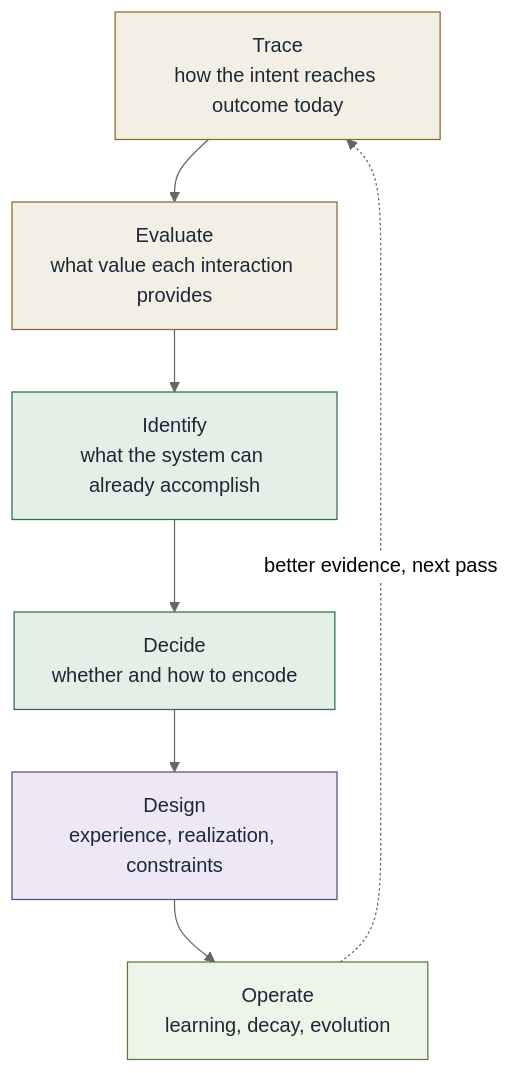
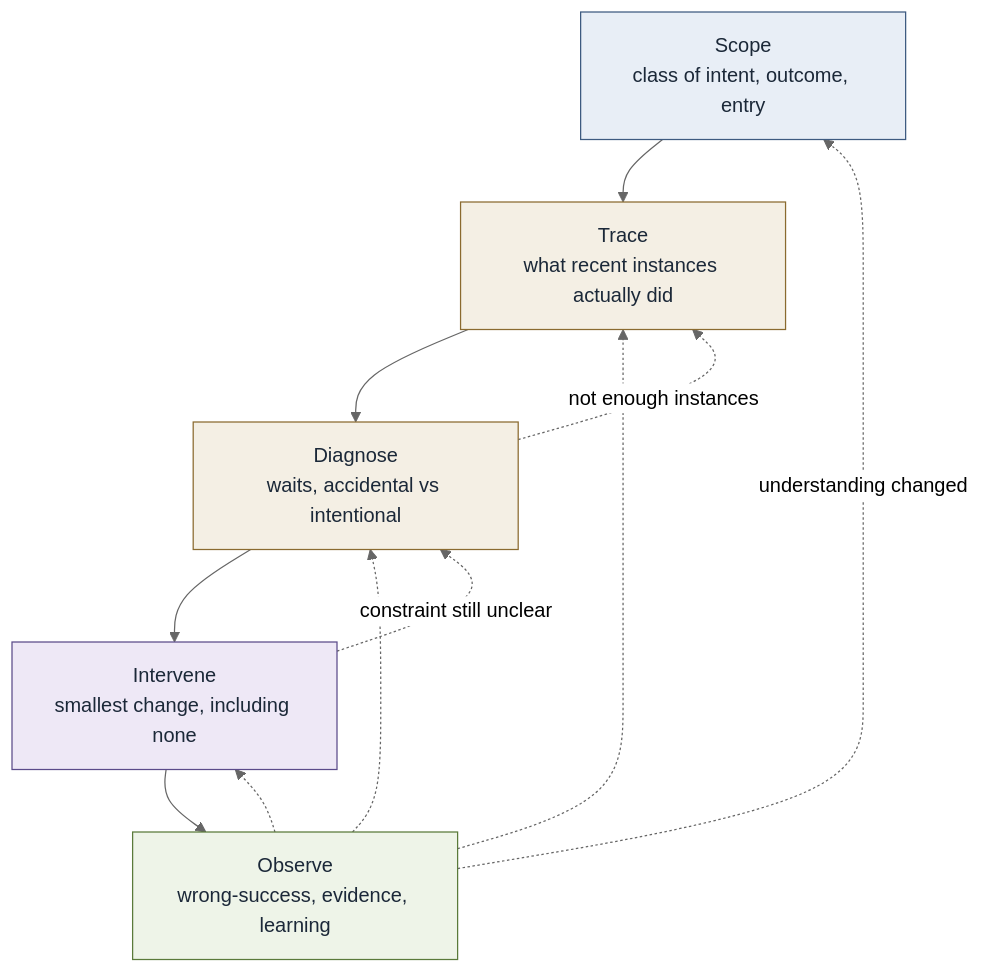
The diagram in diagrams/method-cycle.md (opsdevcode/convergence), drawn with Mermaid (neutral theme) before and after one commit. The commit also changed other lines of this file and 14 other files, not shown here.

````diff
--- a/diagrams/method-cycle.md
+++ b/diagrams/method-cycle.md
@@ -8,24 +9,27 @@
 ```mermaid
 flowchart TB
-  Trace["Trace<br/>how the intent reaches outcome today"]:::exp
-  Eval["Evaluate<br/>what value each interaction provides"]:::exp
-  Ident["Identify<br/>what the system can already accomplish"]:::cap
-  Decide["Decide<br/>whether and how to encode"]:::cap
-  Design["Design<br/>experience, realization, constraints"]:::real
-  Operate["Operate<br/>learning, decay, evolution"]:::learn
+  Scope["Scope<br/>class of intent, outcome, entry"]:::intent
+  Trace["Trace<br/>what recent instances actually did"]:::exp
+  Diag["Diagnose<br/>waits, accidental vs intentional"]:::exp
+  Int["Intervene<br/>smallest change, including none"]:::real
+  Obs["Observe<br/>wrong-success, evidence, learning"]:::learn
 
-  Trace --> Eval
-  Eval --> Ident
-  Ident --> Decide
-  Decide --> Design
-  Design --> Operate
-  Operate -.->|better evidence, next pass| Trace
+  Scope --> Trace
+  Trace --> Diag
+  Diag --> Int
+  Int --> Obs
+  Obs -.->|understanding changed| Scope
+  Obs -.-> Trace
+  Obs -.-> Diag
+  Obs -.-> Int
+  Diag -.->|not enough instances| Trace
+  Int -.->|constraint still unclear| Diag
 
   classDef intent fill:#E8EEF6,stroke:#3D5A80,color:#1B2838
   classDef cap fill:#E4EFE7,stroke:#2F6F4E,color:#1B2838
   classDef exp fill:#F4EFE4,stroke:#8A6A2F,color:#1B2838
   classDef real fill:#EEE8F6,stroke:#5B4B8A,color:#1B2838
   classDef out fill:#F6E8EE,stroke:#8A4B63,color:#1B2838
   classDef learn fill:#EEF4E8,stroke:#5A7A3A,color:#1B2838
   classDef team fill:#F3F4F6,stroke:#6B7280,color:#111827
 ```
````
